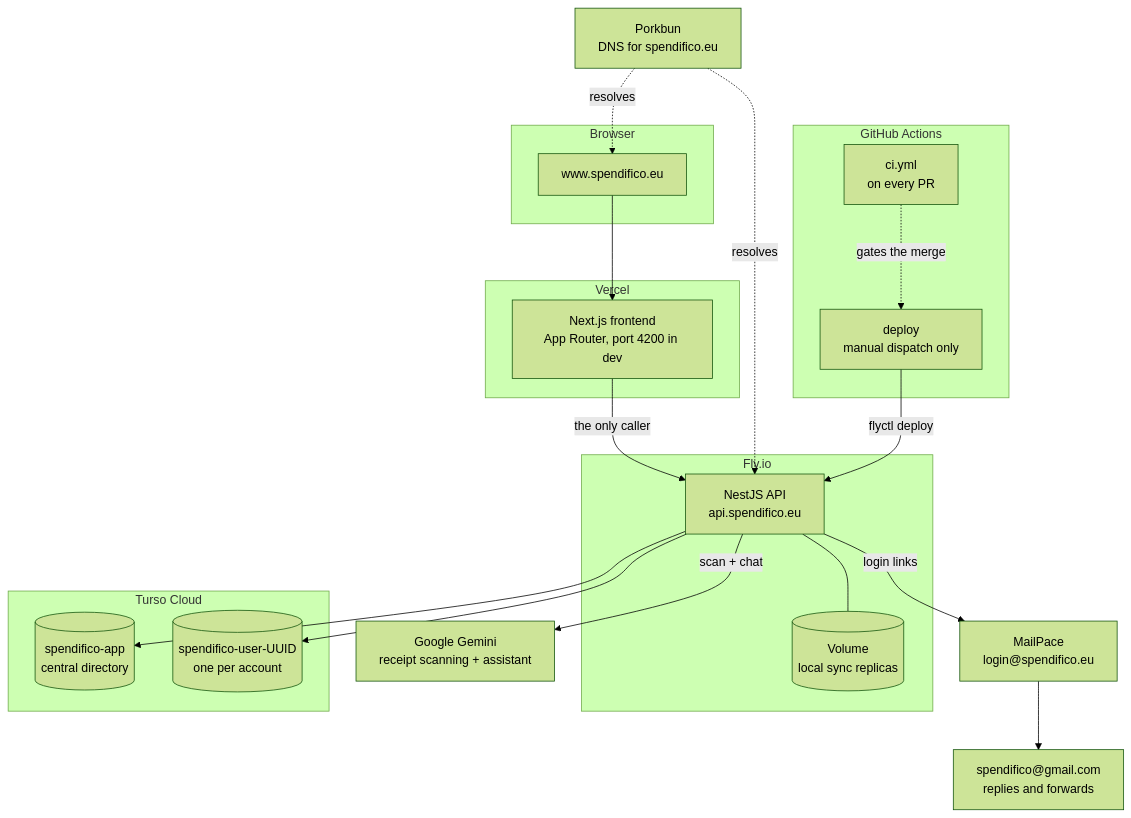
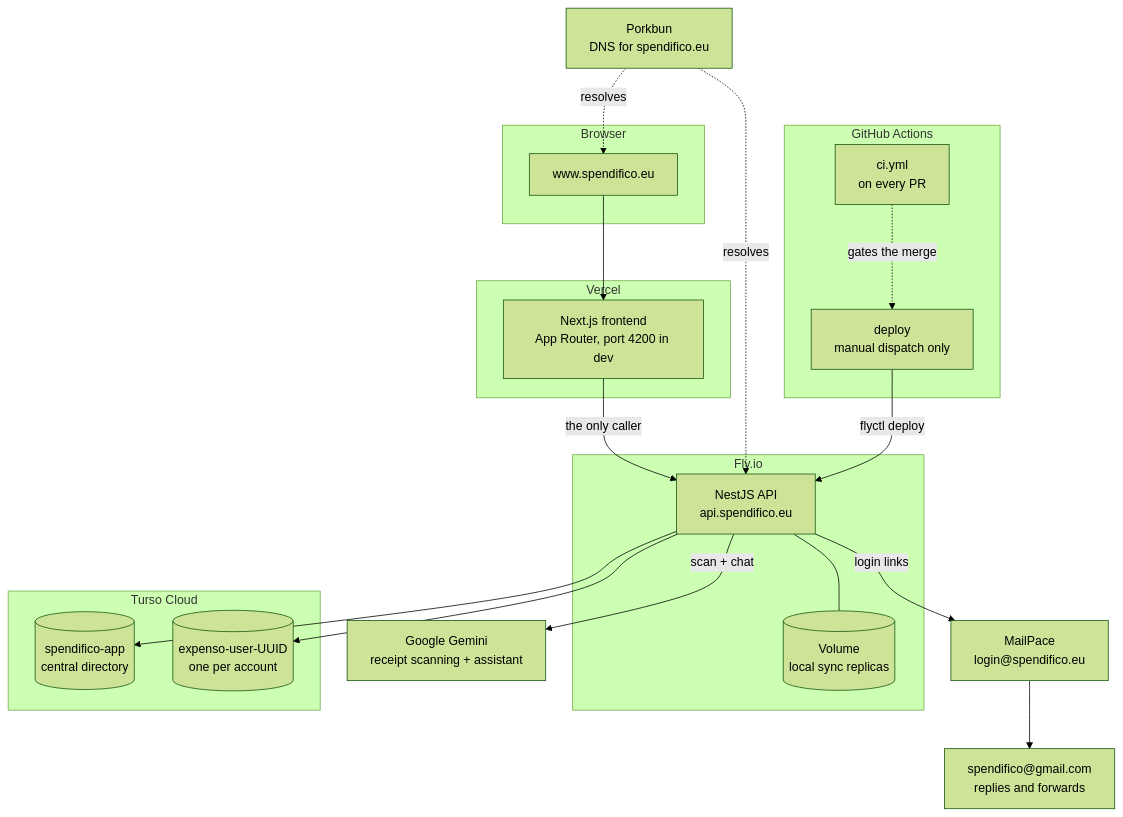
Before and after one commit to AntePrkacin/personal-expense-tracker: the diagram in docs/showcase/diagrams/deployment.mmd, drawn with Mermaid (forest theme). The commit also changed 14 other files, not shown here.

```diff
--- a/docs/showcase/diagrams/deployment.mmd
+++ b/docs/showcase/diagrams/deployment.mmd
@@ -1,48 +1,48 @@
 %% Deployment and infrastructure: five hosted services and one API key.
 %% Three things on it are decisions rather than topology:
 %%   - the frontend is the only caller of the API, which is what lets the HTTP
 %%     contract be generated from the backend and committed
 %%   - main does NOT auto-deploy the backend; the deploy is dispatch-only, so an
 %%     endpoint can be merged and absent from production
 %%   - the Fly volume holds sync replicas, not the source of truth
 flowchart TB
     subgraph client["Browser"]
         B["www.spendifico.eu"]
     end
 
     subgraph vercel["Vercel"]
         FE["Next.js frontend<br/>App Router, port 4200 in dev"]
     end
 
     subgraph fly["Fly.io"]
         API["NestJS API<br/>api.spendifico.eu"]
         VOL[("Volume<br/>local sync replicas")]
     end
 
     subgraph turso["Turso Cloud"]
         CDB[("spendifico-app<br/>central directory")]
-        UDB[("spendifico-user-UUID<br/>one per account")]
+        UDB[("expenso-user-UUID<br/>one per account")]
     end
 
     MP["MailPace<br/>login@spendifico.eu"]
     INBOX["spendifico@gmail.com<br/>replies and forwards"]
     GEM["Google Gemini<br/>receipt scanning + assistant"]
     PB["Porkbun<br/>DNS for spendifico.eu"]
 
     subgraph ci["GitHub Actions"]
         CI["ci.yml<br/>on every PR"]
         DEP["deploy<br/>manual dispatch only"]
     end
 
     B --> FE
     FE -->|"the only caller"| API
     API --> CDB
     API --> UDB
     API --- VOL
     API -->|"login links"| MP
     MP --> INBOX
     API -->|"scan + chat"| GEM
     PB -.->|"resolves"| B
     PB -.->|"resolves"| API
     DEP -->|"flyctl deploy"| API
     CI -.->|"gates the merge"| DEP
```
